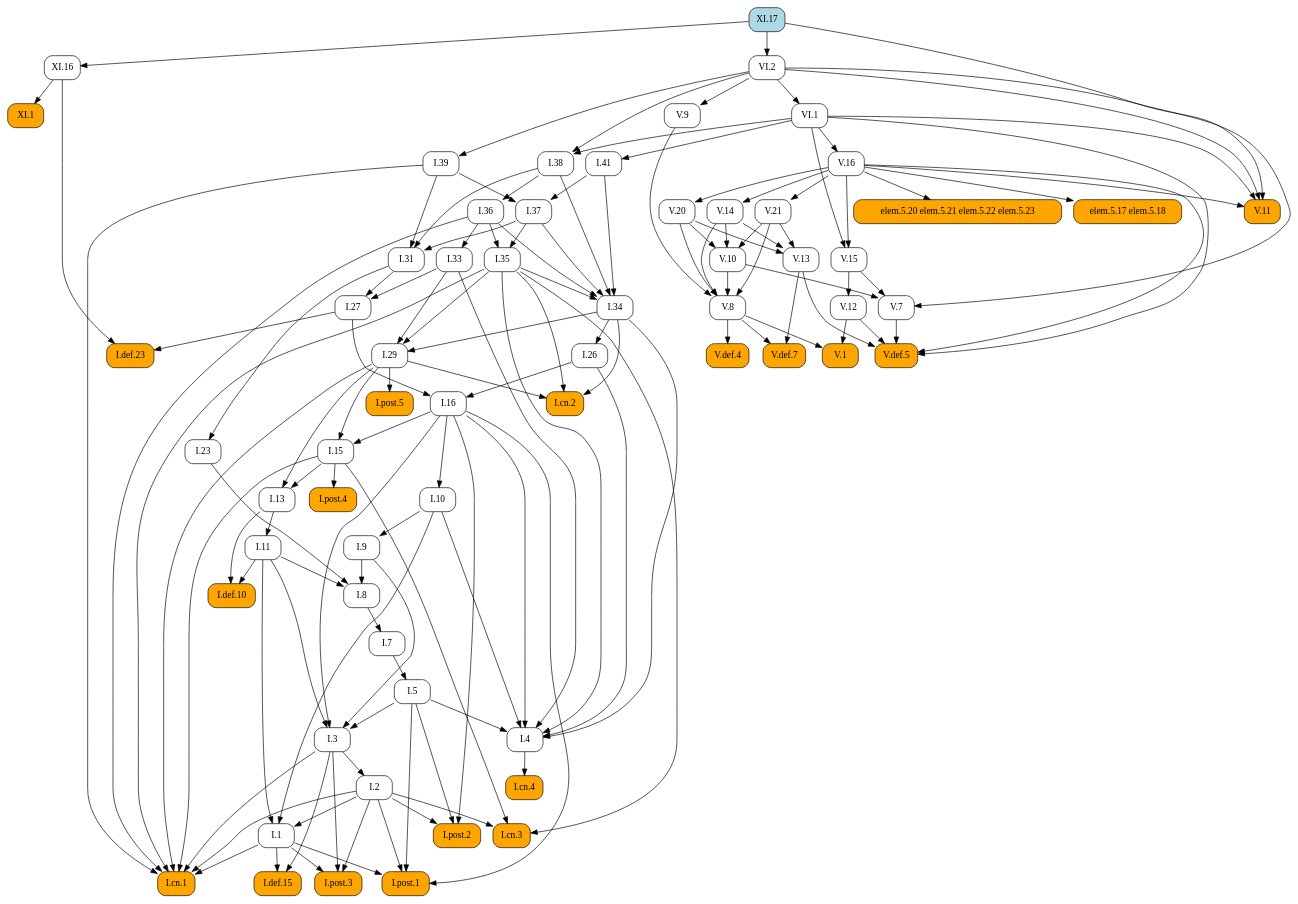
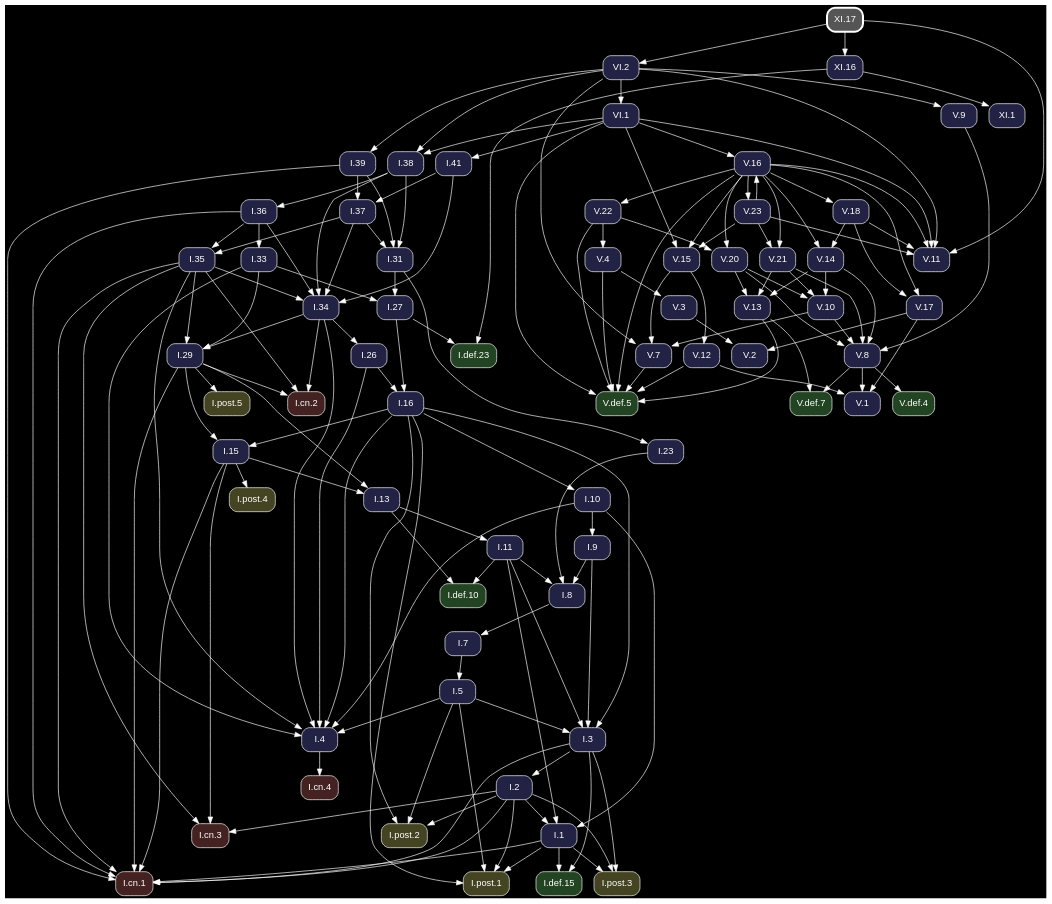
The diagram in docsrc/heath/XI/17/index.rst (geometor/elements), drawn with Graphviz before and after one commit. The commit also changed other lines of this file and 1200 other files, not shown here.

Commit message:
update dependency graphs

```diff
--- a/docsrc/heath/XI/17/index.rst
+++ b/docsrc/heath/XI/17/index.rst
@@ -39,126 +39,79 @@
 .. graphviz::
 
    digraph {
+     bgcolor="black";
+     node [shape=box, style="rounded,filled", fontname="Helvetica", color="white", fontcolor="white"];
+     edge [color="white", fontcolor="white"];
      rankdir="TB";
-     node [shape=box, style=rounded];
-     "V.16" [URL="/heath/V/16/", target="_top"];
-     "I.23" [URL="/heath/I/23/", target="_top"];
-     "I.9" [URL="/heath/I/9/", target="_top"];
-     "I.33" [URL="/heath/I/33/", target="_top"];
-     "I.def.15" [style="rounded,filled", fillcolor=orange, URL="/heath/I/def.15/", target="_top"];
-     "V.13" [URL="/heath/V/13/", target="_top"];
-     "V.7" [URL="/heath/V/7/", target="_top"];
-     "elem.5.17 elem.5.18" [style="rounded,filled", fillcolor=orange];
-     "I.post.3" [style="rounded,filled", fillcolor=orange, URL="/heath/I/post.3/", target="_top"];
-     "I.post.1" [style="rounded,filled", fillcolor=orange, URL="/heath/I/post.1/", target="_top"];
-     "V.14" [URL="/heath/V/14/", target="_top"];
-     "V.def.5" [style="rounded,filled", fillcolor=orange, URL="/heath/V/def.5/", target="_top"];
-     "V.9" [URL="/heath/V/9/", target="_top"];
-     "I.31" [URL="/heath/I/31/", target="_top"];
-     "V.10" [URL="/heath/V/10/", target="_top"];
-     "I.def.10" [style="rounded,filled", fillcolor=orange, URL="/heath/I/def.10/", target="_top"];
-     "VI.1" [URL="/heath/VI/1/", target="_top"];
-     "XI.17" [style="rounded,filled", fillcolor=lightblue, URL="/heath/XI/17/", target="_top"];
-     "I.27" [URL="/heath/I/27/", target="_top"];
-     "I.39" [URL="/heath/I/39/", target="_top"];
-     "V.20" [URL="/heath/V/20/", target="_top"];
-     "V.11" [style="rounded,filled", fillcolor=orange, URL="/heath/V/11/", target="_top"];
-     "I.34" [URL="/heath/I/34/", target="_top"];
-     "V.12" [URL="/heath/V/12/", target="_top"];
-     "I.3" [URL="/heath/I/3/", target="_top"];
-     "V.def.4" [style="rounded,filled", fillcolor=orange, URL="/heath/V/def.4/", target="_top"];
-     "I.35" [URL="/heath/I/35/", target="_top"];
-     "I.cn.1" [style="rounded,filled", fillcolor=orange, URL="/heath/I/cn.1/", target="_top"];
-     "V.def.7" [style="rounded,filled", fillcolor=orange, URL="/heath/V/def.7/", target="_top"];
-     "I.7" [URL="/heath/I/7/", target="_top"];
-     "V.21" [URL="/heath/V/21/", target="_top"];
-     "I.2" [URL="/heath/I/2/", target="_top"];
-     "I.36" [URL="/heath/I/36/", target="_top"];
-     "I.13" [URL="/heath/I/13/", target="_top"];
-     "I.post.4" [style="rounded,filled", fillcolor=orange, URL="/heath/I/post.4/", target="_top"];
-     "I.4" [URL="/heath/I/4/", target="_top"];
-     "I.1" [URL="/heath/I/1/", target="_top"];
-     "XI.16" [URL="/heath/XI/16/", target="_top"];
-     "I.5" [URL="/heath/I/5/", target="_top"];
-     "I.37" [URL="/heath/I/37/", target="_top"];
-     "I.8" [URL="/heath/I/8/", target="_top"];
-     "I.29" [URL="/heath/I/29/", target="_top"];
-     "I.cn.3" [style="rounded,filled", fillcolor=orange, URL="/heath/I/cn.3/", target="_top"];
-     "I.16" [URL="/heath/I/16/", target="_top"];
-     "V.8" [URL="/heath/V/8/", target="_top"];
-     "I.38" [URL="/heath/I/38/", target="_top"];
-     "I.15" [URL="/heath/I/15/", target="_top"];
-     "V.1" [style="rounded,filled", fillcolor=orange, URL="/heath/V/1/", target="_top"];
-     "I.10" [URL="/heath/I/10/", target="_top"];
-     "I.def.23" [style="rounded,filled", fillcolor=orange, URL="/heath/I/def.23/", target="_top"];
-     "I.11" [URL="/heath/I/11/", target="_top"];
-     "I.cn.2" [style="rounded,filled", fillcolor=orange, URL="/heath/I/cn.2/", target="_top"];
-     "I.post.5" [style="rounded,filled", fillcolor=orange, URL="/heath/I/post.5/", target="_top"];
-     "VI.2" [URL="/heath/VI/2/", target="_top"];
-     "XI.1" [style="rounded,filled", fillcolor=orange, URL="/heath/XI/1/", target="_top"];
-     "I.cn.4" [style="rounded,filled", fillcolor=orange, URL="/heath/I/cn.4/", target="_top"];
-     "I.41" [URL="/heath/I/41/", target="_top"];
-     "V.15" [URL="/heath/V/15/", target="_top"];
-     "I.post.2" [style="rounded,filled", fillcolor=orange, URL="/heath/I/post.2/", target="_top"];
-     "I.26" [URL="/heath/I/26/", target="_top"];
-     "elem.5.20 elem.5.21 elem.5.22 elem.5.23" [style="rounded,filled", fillcolor=orange];
-     "VI.1" -> "V.16";
-     "I.31" -> "I.23";
-     "I.10" -> "I.9";
-     "I.36" -> "I.33";
-     "I.1" -> "I.def.15";
-     "I.3" -> "I.def.15";
-     "V.14" -> "V.13";
-     "V.20" -> "V.13";
-     "V.21" -> "V.13";
-     "V.10" -> "V.7";
-     "V.15" -> "V.7";
-     "VI.2" -> "V.7";
-     "V.16" -> "elem.5.17 elem.5.18";
-     "I.1" -> "I.post.3";
-     "I.2" -> "I.post.3";
-     "I.3" -> "I.post.3";
-     "I.1" -> "I.post.1";
-     "I.2" -> "I.post.1";
-     "I.5" -> "I.post.1";
-     "I.16" -> "I.post.1";
-     "V.16" -> "V.14";
-     "V.7" -> "V.def.5";
-     "V.12" -> "V.def.5";
-     "V.13" -> "V.def.5";
-     "V.16" -> "V.def.5";
-     "VI.1" -> "V.def.5";
-     "VI.2" -> "V.9";
-     "I.37" -> "I.31";
-     "I.38" -> "I.31";
-     "I.39" -> "I.31";
-     "V.14" -> "V.10";
-     "V.20" -> "V.10";
-     "V.21" -> "V.10";
-     "I.11" -> "I.def.10";
-     "I.13" -> "I.def.10";
-     "VI.2" -> "VI.1";
-     "I.31" -> "I.27";
-     "I.33" -> "I.27";
-     "VI.2" -> "I.39";
-     "V.16" -> "V.20";
-     "V.16" -> "V.11";
-     "VI.1" -> "V.11";
-     "VI.2" -> "V.11";
-     "XI.17" -> "V.11";
-     "I.35" -> "I.34";
-     "I.36" -> "I.34";
-     "I.37" -> "I.34";
-     "I.38" -> "I.34";
-     "I.41" -> "I.34";
-     "V.15" -> "V.12";
-     "I.5" -> "I.3";
-     "I.9" -> "I.3";
-     "I.11" -> "I.3";
-     "I.16" -> "I.3";
-     "V.8" -> "V.def.4";
-     "I.36" -> "I.35";
-     "I.37" -> "I.35";
+     "V.15" [fillcolor="#222244", URL="/heath/V/15/", target="_top"];
+     "I.cn.1" [fillcolor="#442222", URL="/heath/I/cn.1/", target="_top"];
+     "V.18" [fillcolor="#222244", URL="/heath/V/18/", target="_top"];
+     "V.14" [fillcolor="#222244", URL="/heath/V/14/", target="_top"];
+     "I.27" [fillcolor="#222244", URL="/heath/I/27/", target="_top"];
+     "V.23" [fillcolor="#222244", URL="/heath/V/23/", target="_top"];
+     "I.2" [fillcolor="#222244", URL="/heath/I/2/", target="_top"];
+     "I.41" [fillcolor="#222244", URL="/heath/I/41/", target="_top"];
+     "I.post.4" [fillcolor="#444422", URL="/heath/I/post.4/", target="_top"];
+     "I.26" [fillcolor="#222244", URL="/heath/I/26/", target="_top"];
+     "I.8" [fillcolor="#222244", URL="/heath/I/8/", target="_top"];
+     "V.4" [fillcolor="#222244", URL="/heath/V/4/", target="_top"];
+     "V.16" [fillcolor="#222244", URL="/heath/V/16/", target="_top"];
+     "VI.2" [fillcolor="#222244", URL="/heath/VI/2/", target="_top"];
+     "I.7" [fillcolor="#222244", URL="/heath/I/7/", target="_top"];
+     "I.5" [fillcolor="#222244", URL="/heath/I/5/", target="_top"];
+     "XI.16" [fillcolor="#222244", URL="/heath/XI/16/", target="_top"];
+     "V.11" [fillcolor="#222244", URL="/heath/V/11/", target="_top"];
+     "V.def.4" [fillcolor="#224422", URL="/heath/V/def.4/", target="_top"];
+     "V.20" [fillcolor="#222244", URL="/heath/V/20/", target="_top"];
+     "I.11" [fillcolor="#222244", URL="/heath/I/11/", target="_top"];
+     "I.37" [fillcolor="#222244", URL="/heath/I/37/", target="_top"];
+     "I.cn.3" [fillcolor="#442222", URL="/heath/I/cn.3/", target="_top"];
+     "I.36" [fillcolor="#222244", URL="/heath/I/36/", target="_top"];
+     "I.38" [fillcolor="#222244", URL="/heath/I/38/", target="_top"];
+     "I.post.2" [fillcolor="#444422", URL="/heath/I/post.2/", target="_top"];
+     "XI.17" [penwidth=3, color="white", fillcolor="#555555", URL="/heath/XI/17/", target="_top"];
+     "I.def.23" [fillcolor="#224422", URL="/heath/I/def.23/", target="_top"];
+     "I.35" [fillcolor="#222244", URL="/heath/I/35/", target="_top"];
+     "I.post.3" [fillcolor="#444422", URL="/heath/I/post.3/", target="_top"];
+     "V.13" [fillcolor="#222244", URL="/heath/V/13/", target="_top"];
+     "V.8" [fillcolor="#222244", URL="/heath/V/8/", target="_top"];
+     "I.33" [fillcolor="#222244", URL="/heath/I/33/", target="_top"];
+     "V.10" [fillcolor="#222244", URL="/heath/V/10/", target="_top"];
+     "V.def.5" [fillcolor="#224422", URL="/heath/V/def.5/", target="_top"];
+     "V.22" [fillcolor="#222244", URL="/heath/V/22/", target="_top"];
+     "I.31" [fillcolor="#222244", URL="/heath/I/31/", target="_top"];
+     "I.3" [fillcolor="#222244", URL="/heath/I/3/", target="_top"];
+     "V.12" [fillcolor="#222244", URL="/heath/V/12/", target="_top"];
+     "I.def.10" [fillcolor="#224422", URL="/heath/I/def.10/", target="_top"];
+     "I.15" [fillcolor="#222244", URL="/heath/I/15/", target="_top"];
+     "I.39" [fillcolor="#222244", URL="/heath/I/39/", target="_top"];
+     "I.13" [fillcolor="#222244", URL="/heath/I/13/", target="_top"];
+     "I.cn.2" [fillcolor="#442222", URL="/heath/I/cn.2/", target="_top"];
+     "XI.1" [fillcolor="#222244", URL="/heath/XI/1/", target="_top"];
+     "I.9" [fillcolor="#222244", URL="/heath/I/9/", target="_top"];
+     "I.1" [fillcolor="#222244", URL="/heath/I/1/", target="_top"];
+     "I.post.5" [fillcolor="#444422", URL="/heath/I/post.5/", target="_top"];
+     "I.23" [fillcolor="#222244", URL="/heath/I/23/", target="_top"];
+     "I.4" [fillcolor="#222244", URL="/heath/I/4/", target="_top"];
+     "V.7" [fillcolor="#222244", URL="/heath/V/7/", target="_top"];
+     "V.9" [fillcolor="#222244", URL="/heath/V/9/", target="_top"];
+     "VI.1" [fillcolor="#222244", URL="/heath/VI/1/", target="_top"];
+     "I.10" [fillcolor="#222244", URL="/heath/I/10/", target="_top"];
+     "V.def.7" [fillcolor="#224422", URL="/heath/V/def.7/", target="_top"];
+     "I.post.1" [fillcolor="#444422", URL="/heath/I/post.1/", target="_top"];
+     "I.16" [fillcolor="#222244", URL="/heath/I/16/", target="_top"];
+     "I.29" [fillcolor="#222244", URL="/heath/I/29/", target="_top"];
+     "I.cn.4" [fillcolor="#442222", URL="/heath/I/cn.4/", target="_top"];
+     "V.2" [fillcolor="#222244", URL="/heath/V/2/", target="_top"];
+     "V.1" [fillcolor="#222244", URL="/heath/V/1/", target="_top"];
+     "V.21" [fillcolor="#222244", URL="/heath/V/21/", target="_top"];
+     "I.34" [fillcolor="#222244", URL="/heath/I/34/", target="_top"];
+     "I.def.15" [fillcolor="#224422", URL="/heath/I/def.15/", target="_top"];
+     "V.3" [fillcolor="#222244", URL="/heath/V/3/", target="_top"];
+     "V.17" [fillcolor="#222244", URL="/heath/V/17/", target="_top"];
+     "V.16" -> "V.15";
+     "V.23" -> "V.15";
+     "VI.1" -> "V.15";
      "I.1" -> "I.cn.1";
      "I.2" -> "I.cn.1";
      "I.3" -> "I.cn.1";
@@ -167,15 +120,99 @@
      "I.35" -> "I.cn.1";
      "I.36" -> "I.cn.1";
      "I.39" -> "I.cn.1";
-     "V.8" -> "V.def.7";
-     "V.13" -> "V.def.7";
+     "V.16" -> "V.18";
+     "V.16" -> "V.14";
+     "V.18" -> "V.14";
+     "I.31" -> "I.27";
+     "I.33" -> "I.27";
+     "V.16" -> "V.23";
+     "I.3" -> "I.2";
+     "VI.1" -> "I.41";
+     "I.15" -> "I.post.4";
+     "I.34" -> "I.26";
+     "I.9" -> "I.8";
+     "I.11" -> "I.8";
+     "I.23" -> "I.8";
+     "V.22" -> "V.4";
+     "V.23" -> "V.16";
+     "VI.1" -> "V.16";
+     "XI.17" -> "VI.2";
      "I.8" -> "I.7";
-     "V.16" -> "V.21";
-     "I.3" -> "I.2";
+     "I.7" -> "I.5";
+     "XI.17" -> "XI.16";
+     "V.16" -> "V.11";
+     "V.18" -> "V.11";
+     "V.23" -> "V.11";
+     "VI.1" -> "V.11";
+     "VI.2" -> "V.11";
+     "XI.17" -> "V.11";
+     "V.8" -> "V.def.4";
+     "V.16" -> "V.20";
+     "V.22" -> "V.20";
+     "I.13" -> "I.11";
+     "I.39" -> "I.37";
+     "I.41" -> "I.37";
+     "I.2" -> "I.cn.3";
+     "I.15" -> "I.cn.3";
+     "I.35" -> "I.cn.3";
      "I.38" -> "I.36";
+     "VI.1" -> "I.38";
+     "VI.2" -> "I.38";
+     "I.2" -> "I.post.2";
+     "I.5" -> "I.post.2";
+     "I.16" -> "I.post.2";
+     "I.27" -> "I.def.23";
+     "XI.16" -> "I.def.23";
+     "I.36" -> "I.35";
+     "I.37" -> "I.35";
+     "I.1" -> "I.post.3";
+     "I.2" -> "I.post.3";
+     "I.3" -> "I.post.3";
+     "V.14" -> "V.13";
+     "V.20" -> "V.13";
+     "V.21" -> "V.13";
+     "V.9" -> "V.8";
+     "V.10" -> "V.8";
+     "V.14" -> "V.8";
+     "V.20" -> "V.8";
+     "V.21" -> "V.8";
+     "I.36" -> "I.33";
+     "V.14" -> "V.10";
+     "V.20" -> "V.10";
+     "V.21" -> "V.10";
+     "V.4" -> "V.def.5";
+     "V.7" -> "V.def.5";
+     "V.12" -> "V.def.5";
+     "V.13" -> "V.def.5";
+     "V.16" -> "V.def.5";
+     "V.22" -> "V.def.5";
+     "VI.1" -> "V.def.5";
+     "V.16" -> "V.22";
+     "I.37" -> "I.31";
+     "I.38" -> "I.31";
+     "I.39" -> "I.31";
+     "I.5" -> "I.3";
+     "I.9" -> "I.3";
+     "I.11" -> "I.3";
+     "I.16" -> "I.3";
+     "V.15" -> "V.12";
+     "I.11" -> "I.def.10";
+     "I.13" -> "I.def.10";
+     "I.16" -> "I.15";
+     "I.29" -> "I.15";
+     "VI.2" -> "I.39";
      "I.15" -> "I.13";
      "I.29" -> "I.13";
-     "I.15" -> "I.post.4";
+     "I.29" -> "I.cn.2";
+     "I.34" -> "I.cn.2";
+     "I.35" -> "I.cn.2";
+     "XI.16" -> "XI.1";
+     "I.10" -> "I.9";
+     "I.2" -> "I.1";
+     "I.10" -> "I.1";
+     "I.11" -> "I.1";
+     "I.29" -> "I.post.5";
+     "I.31" -> "I.23";
      "I.5" -> "I.4";
      "I.10" -> "I.4";
      "I.16" -> "I.4";
@@ -183,52 +220,39 @@
      "I.33" -> "I.4";
      "I.34" -> "I.4";
      "I.35" -> "I.4";
-     "I.2" -> "I.1";
-     "I.10" -> "I.1";
-     "I.11" -> "I.1";
-     "XI.17" -> "XI.16";
-     "I.7" -> "I.5";
-     "I.39" -> "I.37";
-     "I.41" -> "I.37";
-     "I.9" -> "I.8";
-     "I.11" -> "I.8";
-     "I.23" -> "I.8";
+     "V.10" -> "V.7";
+     "V.15" -> "V.7";
+     "VI.2" -> "V.7";
+     "VI.2" -> "V.9";
+     "VI.2" -> "VI.1";
+     "I.16" -> "I.10";
+     "V.8" -> "V.def.7";
+     "V.13" -> "V.def.7";
+     "I.1" -> "I.post.1";
+     "I.2" -> "I.post.1";
+     "I.5" -> "I.post.1";
+     "I.16" -> "I.post.1";
+     "I.26" -> "I.16";
+     "I.27" -> "I.16";
      "I.33" -> "I.29";
      "I.34" -> "I.29";
      "I.35" -> "I.29";
-     "I.2" -> "I.cn.3";
-     "I.15" -> "I.cn.3";
-     "I.35" -> "I.cn.3";
-     "I.26" -> "I.16";
-     "I.27" -> "I.16";
-     "V.9" -> "V.8";
-     "V.10" -> "V.8";
-     "V.14" -> "V.8";
-     "V.20" -> "V.8";
-     "V.21" -> "V.8";
-     "VI.1" -> "I.38";
-     "VI.2" -> "I.38";
-     "I.16" -> "I.15";
-     "I.29" -> "I.15";
+     "I.4" -> "I.cn.4";
+     "V.3" -> "V.2";
+     "V.17" -> "V.2";
      "V.8" -> "V.1";
      "V.12" -> "V.1";
-     "I.16" -> "I.10";
-     "I.27" -> "I.def.23";
-     "XI.16" -> "I.def.23";
-     "I.13" -> "I.11";
-     "I.29" -> "I.cn.2";
-     "I.34" -> "I.cn.2";
-     "I.35" -> "I.cn.2";
-     "I.29" -> "I.post.5";
-     "XI.17" -> "VI.2";
-     "XI.16" -> "XI.1";
-     "I.4" -> "I.cn.4";
-     "VI.1" -> "I.41";
-     "V.16" -> "V.15";
-     "VI.1" -> "V.15";
-     "I.2" -> "I.post.2";
-     "I.5" -> "I.post.2";
-     "I.16" -> "I.post.2";
-     "I.34" -> "I.26";
-     "V.16" -> "elem.5.20 elem.5.21 elem.5.22 elem.5.23";
+     "V.17" -> "V.1";
+     "V.16" -> "V.21";
+     "V.23" -> "V.21";
+     "I.35" -> "I.34";
+     "I.36" -> "I.34";
+     "I.37" -> "I.34";
+     "I.38" -> "I.34";
+     "I.41" -> "I.34";
+     "I.1" -> "I.def.15";
+     "I.3" -> "I.def.15";
+     "V.4" -> "V.3";
+     "V.16" -> "V.17";
+     "V.18" -> "V.17";
    }
```
